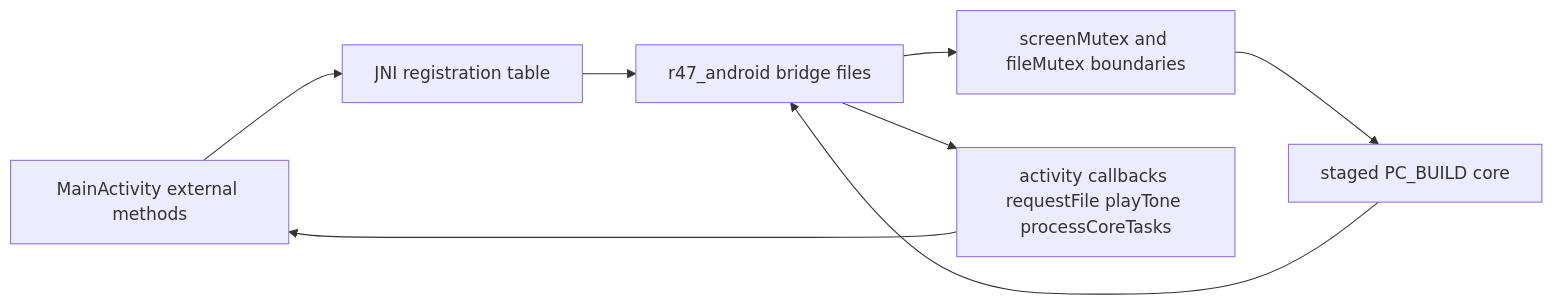
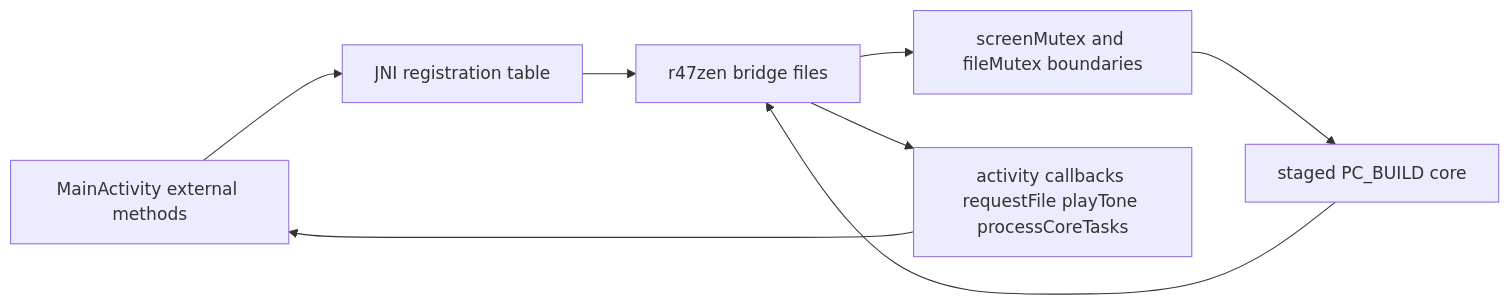
Before and after one commit to ppigazzini/r47zen: the diagram in android/docs/dev/40-native-core-and-jni.md, drawn with Mermaid. The commit also changed other lines of this file and 45 other files, not shown here.

First line of the commit message:
refactor: rename Android native overlay root to r47zen

````diff
--- a/android/docs/dev/40-native-core-and-jni.md
+++ b/android/docs/dev/40-native-core-and-jni.md
@@ -12,12 +12,12 @@
 ```mermaid
 flowchart LR
   A[MainActivity external methods]
   B[JNI registration table]
-  C[r47_android bridge files]
+  C[r47zen bridge files]
   D[screenMutex and fileMutex boundaries]
   E[staged PC_BUILD core]
   F[activity callbacks requestFile playTone processCoreTasks]
 
   A --> B --> C --> D --> E
   E --> C --> F --> A
 ```
````
